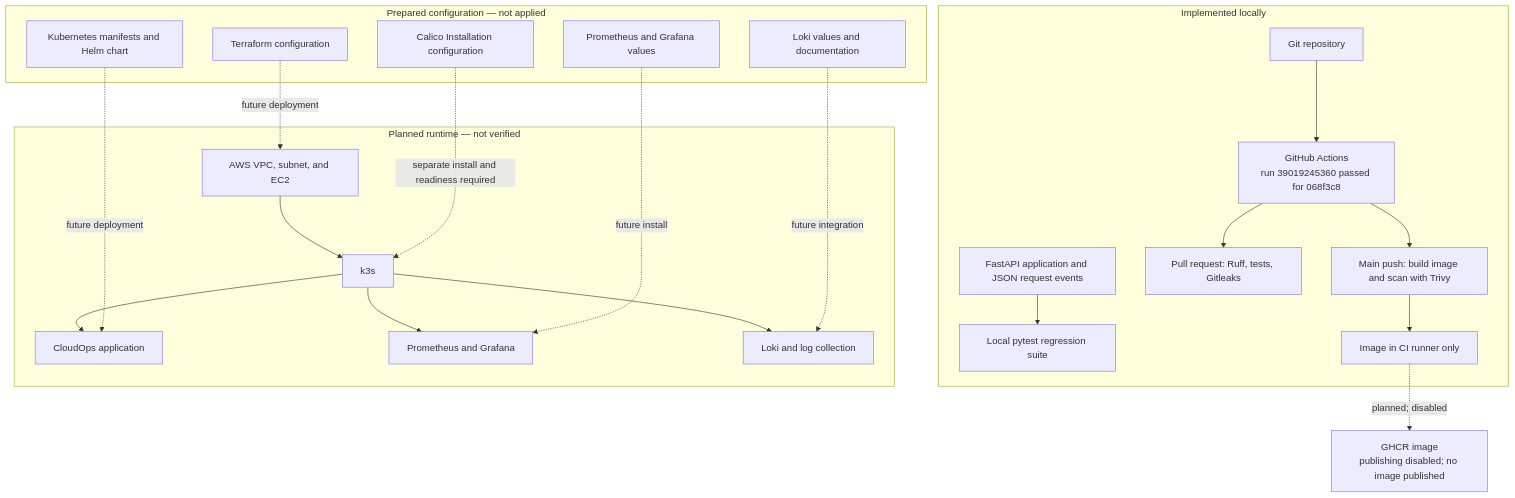
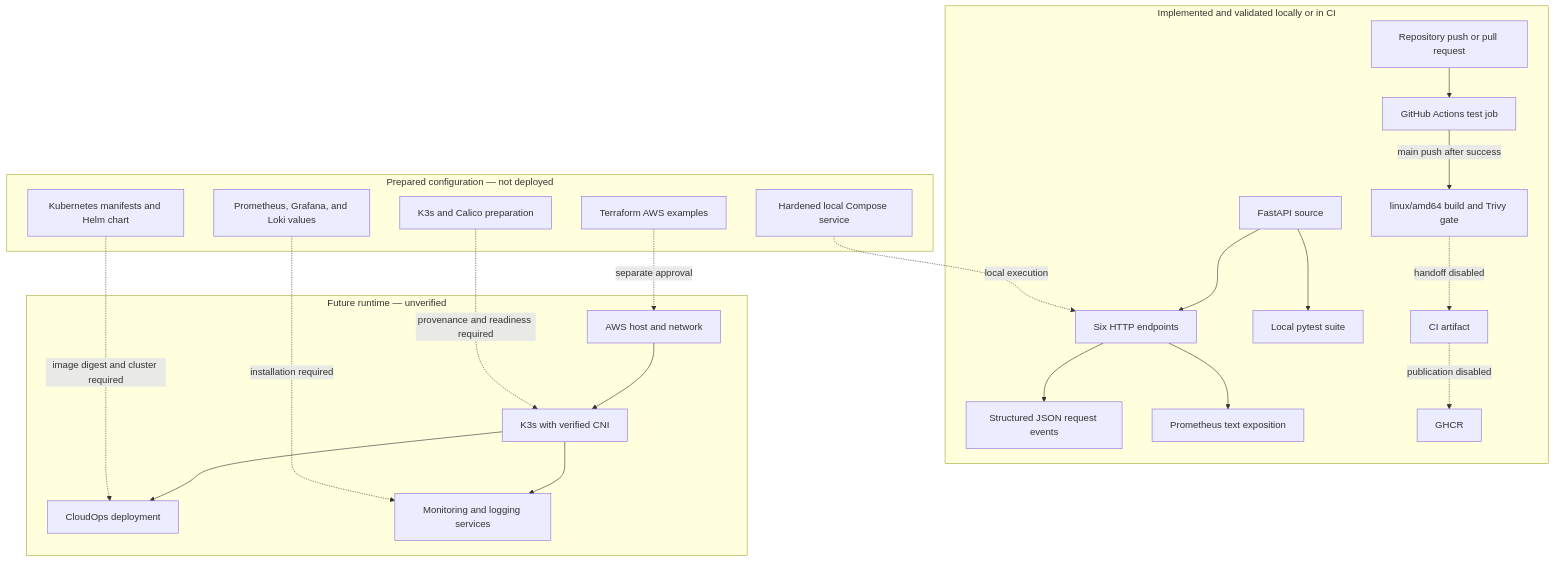
One commit to avinashmnth2507-dev/cloudops-platform changed the diagram in docs/architecture.md. Above: the diagram before and after it, drawn with Mermaid. The commit also changed other lines of this file and 6 other files, not shown here.

Commit message:
docs: finalize CloudOps portfolio documentation

````diff
--- a/docs/architecture.md
+++ b/docs/architecture.md
@@ -26,34 +23,33 @@
 ```mermaid
 flowchart TB
-  subgraph local["Implemented locally"]
-    app["FastAPI application and JSON request events"] --> tests["Local pytest regression suite"]
-    repo["Git repository"] --> workflow["GitHub Actions<br/>run 39019245360 passed for 068f3c8"]
-    workflow --> validation["Pull request: Ruff, tests, Gitleaks"]
-    workflow --> scan["Main push: build image and scan with Trivy"]
-    scan --> localimage["Image in CI runner only"]
+  subgraph implemented[Implemented and validated locally or in CI]
+    source[FastAPI source] --> api[Six HTTP endpoints]
+    api --> logs[Structured JSON request events]
+    api --> metrics[Prometheus text exposition]
+    source --> localtests[Local pytest suite]
+    git[Repository push or pull request] --> ci[GitHub Actions test job]
+    ci -->|main push after success| image[linux/amd64 build and Trivy gate]
+    image -. handoff disabled .-> artifact[CI artifact]
+    artifact -. publication disabled .-> ghcr[GHCR]
   end
 
-  ghcr["GHCR image<br/>publishing disabled; no image published"]
-  localimage -. "planned; disabled" .-> ghcr
-
-  subgraph prepared["Prepared configuration — not applied"]
-    terraform["Terraform configuration"]
-    calico["Calico Installation configuration"]
-    manifests["Kubernetes manifests and Helm chart"]
-    monitoring["Prometheus and Grafana values"]
-    loki["Loki values and documentation"]
+  subgraph prepared[Prepared configuration — not deployed]
+    compose[Hardened local Compose service]
+    terraform[Terraform AWS examples]
+    k8s[Kubernetes manifests and Helm chart]
+    monitoring[Prometheus, Grafana, and Loki values]
+    bootstrap[K3s and Calico preparation]
   end
 
-  subgraph future["Planned runtime — not verified"]
-    aws["AWS VPC, subnet, and EC2"] --> k3s["k3s"]
-    k3s --> cloudops["CloudOps application"]
-    k3s --> prom["Prometheus and Grafana"]
-    k3s --> lokiworkload["Loki and log collection"]
+  subgraph future[Future runtime — unverified]
+    aws[AWS host and network] --> k3s[K3s with verified CNI]
+    k3s --> app[CloudOps deployment]
+    k3s --> stack[Monitoring and logging services]
   end
 
-  terraform -. "future deployment" .-> aws
-  calico -. "separate install and readiness required" .-> k3s
-  manifests -. "future deployment" .-> cloudops
-  monitoring -. "future install" .-> prom
-  loki -. "future integration" .-> lokiworkload
+  compose -. local execution .-> api
+  terraform -. separate approval .-> aws
+  k8s -. image digest and cluster required .-> app
+  monitoring -. installation required .-> stack
+  bootstrap -. provenance and readiness required .-> k3s
 ```
````
